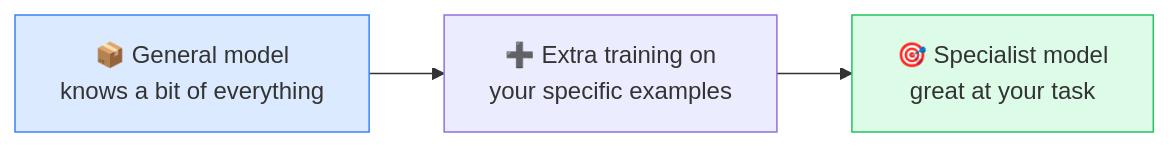
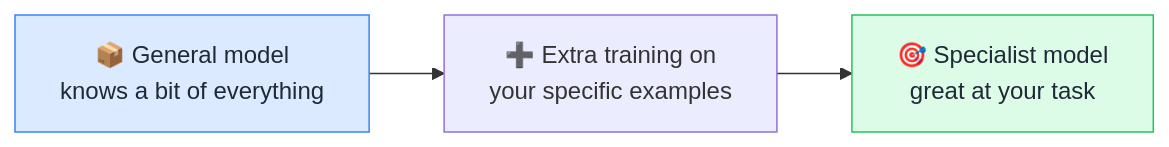
One commit to behnia137/ai-for-beginners-visual changed the diagram in concepts/fine-tuning.md. Above: the diagram before and after it, drawn with Mermaid. The commit also changed 32 other files, not shown here.

First line of the commit message:
Fix mermaid box text contrast for dark/light mode

````diff
--- a/concepts/fine-tuning.md
+++ b/concepts/fine-tuning.md
@@ -7,7 +7,7 @@
 ```mermaid
 flowchart LR
     A[📦 General model<br/>knows a bit of everything] --> B[➕ Extra training on<br/>your specific examples]
     B --> C[🎯 Specialist model<br/>great at your task]
-    style A fill:#dbeafe,stroke:#3b82f6
-    style C fill:#dcfce7,stroke:#22c55e
+    style A fill:#dbeafe,stroke:#3b82f6,color:#1f2937
+    style C fill:#dcfce7,stroke:#22c55e,color:#1f2937
 ```
````
